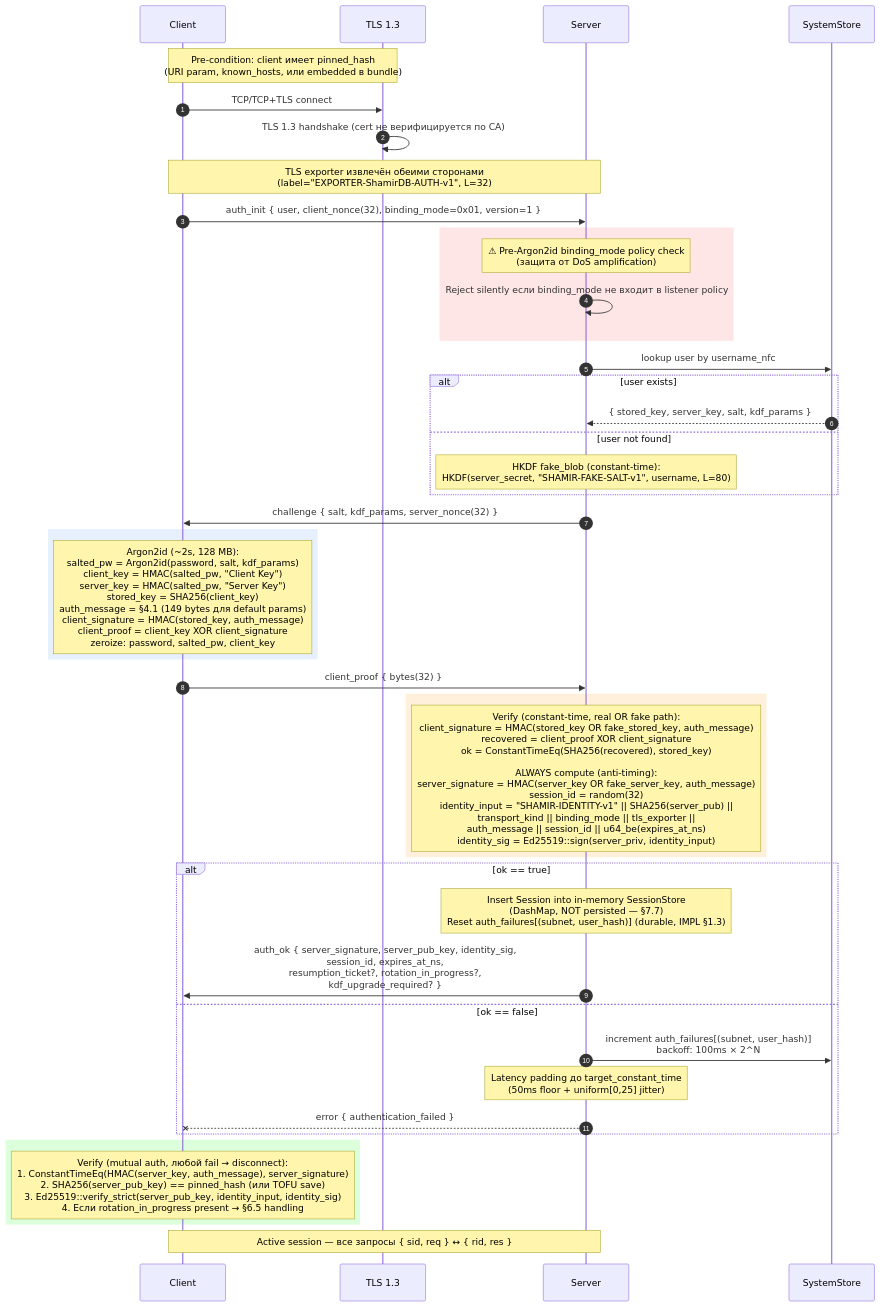
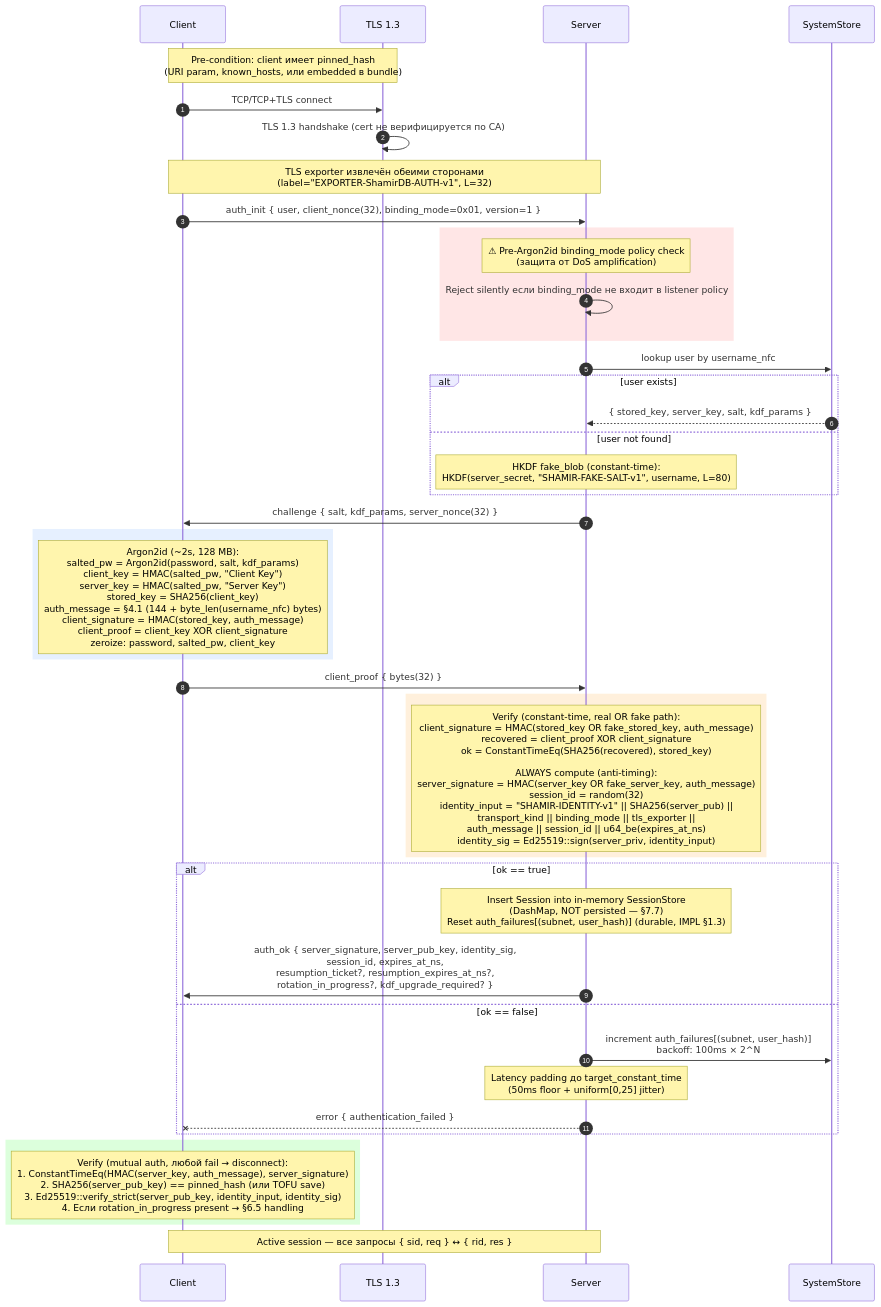
Before and after one commit to PHPCraftdream/shamir-db: the diagram in spec/diagrams/01-initial-auth.md, drawn with Mermaid.

Commit message:
docs(diagrams): fix two minor mismatches in 01-initial-auth.md
Round-2 review caught two cosmetic issues in the initial-auth diagram:

(a) Step 9 client-side computation note said "auth_message = §4.1
    (149 bytes для default params)". 149 is specific to
    `username = "alice"` (5 bytes). The constant part is 144 bytes plus
    the username byte length. Replaced with
    "144 + byte_len(username_nfc) bytes".

(b) Step 14 auth_ok payload listed `resumption_ticket?,
    rotation_in_progress?, kdf_upgrade_required?` but omitted
    `resumption_expires_at_ns?`, which IS in spec §2.4 schema and IS
    shown in 02-resumption.md for the symmetric `resume_ok`. Added for
    schema completeness.

Implementation already correct — these were only diagram-side wording
issues; no code change.

````diff
--- a/spec/diagrams/01-initial-auth.md
+++ b/spec/diagrams/01-initial-auth.md
@@ -5,55 +5,55 @@
 ```mermaid
 sequenceDiagram
     autonumber
     participant C as Client
     participant T as TLS 1.3
     participant S as Server
     participant DB as SystemStore
 
     Note over C,T: Pre-condition: client имеет pinned_hash<br/>(URI param, known_hosts, или embedded в bundle)
 
     C->>T: TCP/TCP+TLS connect
     T->>T: TLS 1.3 handshake (cert не верифицируется по CA)
     Note over C,S: TLS exporter извлечён обеими сторонами<br/>(label="EXPORTER-ShamirDB-AUTH-v1", L=32)
 
     C->>S: auth_init { user, client_nonce(32), binding_mode=0x01, version=1 }
 
     rect rgb(255, 230, 230)
     Note over S: ⚠ Pre-Argon2id binding_mode policy check<br/>(защита от DoS amplification)
     S->>S: Reject silently если binding_mode не входит в listener policy
     end
 
     S->>DB: lookup user by username_nfc
     alt user exists
         DB-->>S: { stored_key, server_key, salt, kdf_params }
     else user not found
         Note over S: HKDF fake_blob (constant-time):<br/>HKDF(server_secret, "SHAMIR-FAKE-SALT-v1", username, L=80)
     end
 
     S->>C: challenge { salt, kdf_params, server_nonce(32) }
 
     rect rgb(230, 240, 255)
-    Note over C: Argon2id (~2s, 128 MB):<br/>salted_pw = Argon2id(password, salt, kdf_params)<br/>client_key = HMAC(salted_pw, "Client Key")<br/>server_key = HMAC(salted_pw, "Server Key")<br/>stored_key = SHA256(client_key)<br/>auth_message = §4.1 (149 bytes для default params)<br/>client_signature = HMAC(stored_key, auth_message)<br/>client_proof = client_key XOR client_signature<br/>zeroize: password, salted_pw, client_key
+    Note over C: Argon2id (~2s, 128 MB):<br/>salted_pw = Argon2id(password, salt, kdf_params)<br/>client_key = HMAC(salted_pw, "Client Key")<br/>server_key = HMAC(salted_pw, "Server Key")<br/>stored_key = SHA256(client_key)<br/>auth_message = §4.1 (144 + byte_len(username_nfc) bytes)<br/>client_signature = HMAC(stored_key, auth_message)<br/>client_proof = client_key XOR client_signature<br/>zeroize: password, salted_pw, client_key
     end
 
     C->>S: client_proof { bytes(32) }
 
     rect rgb(255, 240, 220)
     Note over S: Verify (constant-time, real OR fake path):<br/>client_signature = HMAC(stored_key OR fake_stored_key, auth_message)<br/>recovered = client_proof XOR client_signature<br/>ok = ConstantTimeEq(SHA256(recovered), stored_key)<br/><br/>ALWAYS compute (anti-timing):<br/>server_signature = HMAC(server_key OR fake_server_key, auth_message)<br/>session_id = random(32)<br/>identity_input = "SHAMIR-IDENTITY-v1" || SHA256(server_pub) ||<br/>                 transport_kind || binding_mode || tls_exporter ||<br/>                 auth_message || session_id || u64_be(expires_at_ns)<br/>identity_sig = Ed25519::sign(server_priv, identity_input)
     end
 
     alt ok == true
         Note over S: Insert Session into in-memory SessionStore<br/>(DashMap, NOT persisted — §7.7)<br/>Reset auth_failures[(subnet, user_hash)] (durable, IMPL §1.3)
-        S->>C: auth_ok { server_signature, server_pub_key, identity_sig,<br/>session_id, expires_at_ns,<br/>resumption_ticket?, rotation_in_progress?,<br/>kdf_upgrade_required? }
+        S->>C: auth_ok { server_signature, server_pub_key, identity_sig,<br/>session_id, expires_at_ns,<br/>resumption_ticket?, resumption_expires_at_ns?,<br/>rotation_in_progress?, kdf_upgrade_required? }
     else ok == false
         S->>DB: increment auth_failures[(subnet, user_hash)]<br/>backoff: 100ms × 2^N
         Note over S: Latency padding до target_constant_time<br/>(50ms floor + uniform[0,25] jitter)
         S--xC: error { authentication_failed }
     end
 
     rect rgb(220, 255, 220)
     Note over C: Verify (mutual auth, любой fail → disconnect):<br/>1. ConstantTimeEq(HMAC(server_key, auth_message), server_signature)<br/>2. SHA256(server_pub_key) == pinned_hash (или TOFU save)<br/>3. Ed25519::verify_strict(server_pub_key, identity_input, identity_sig)<br/>4. Если rotation_in_progress present → §6.5 handling
     end
 
     Note over C,S: Active session — все запросы { sid, req } ↔ { rid, res }
 ```
````
